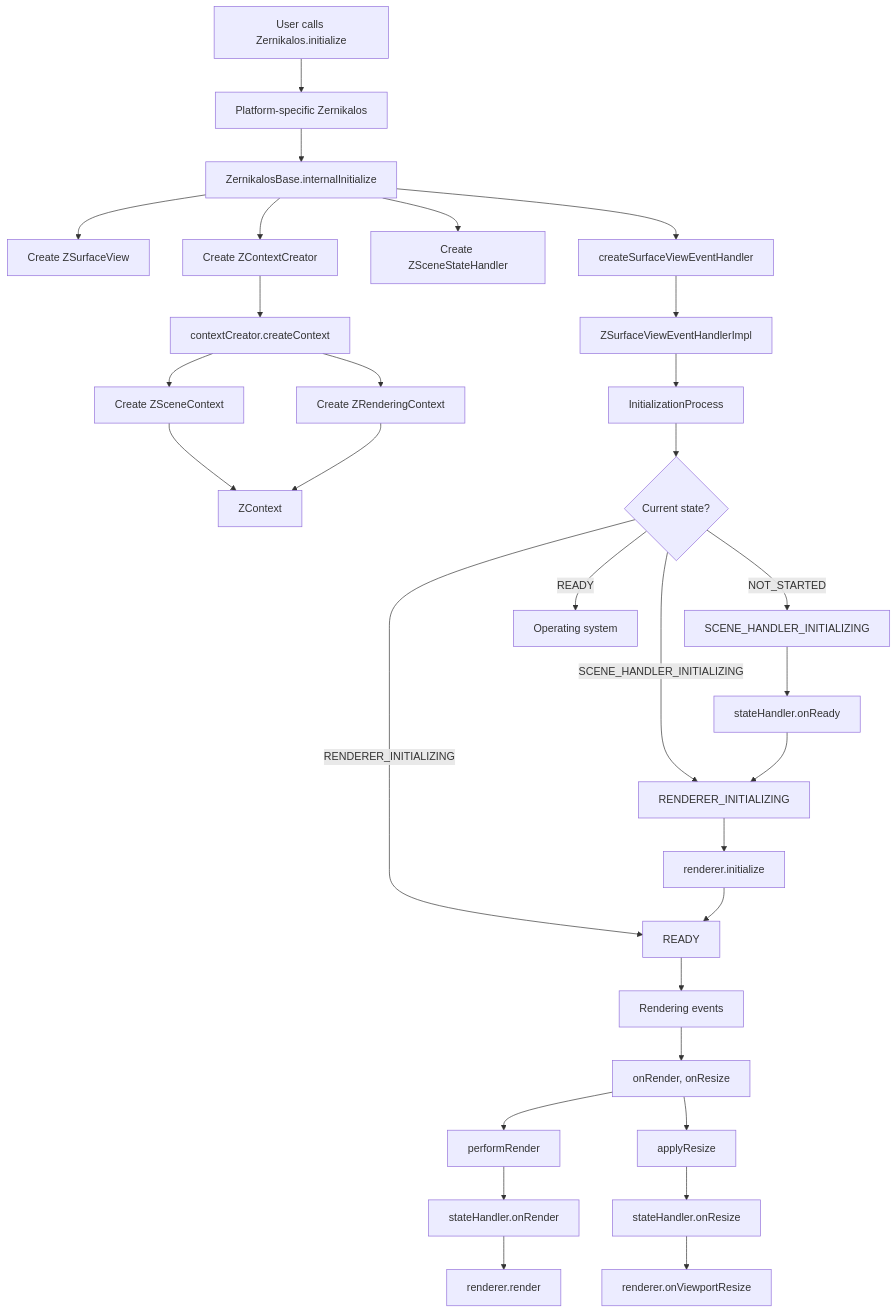
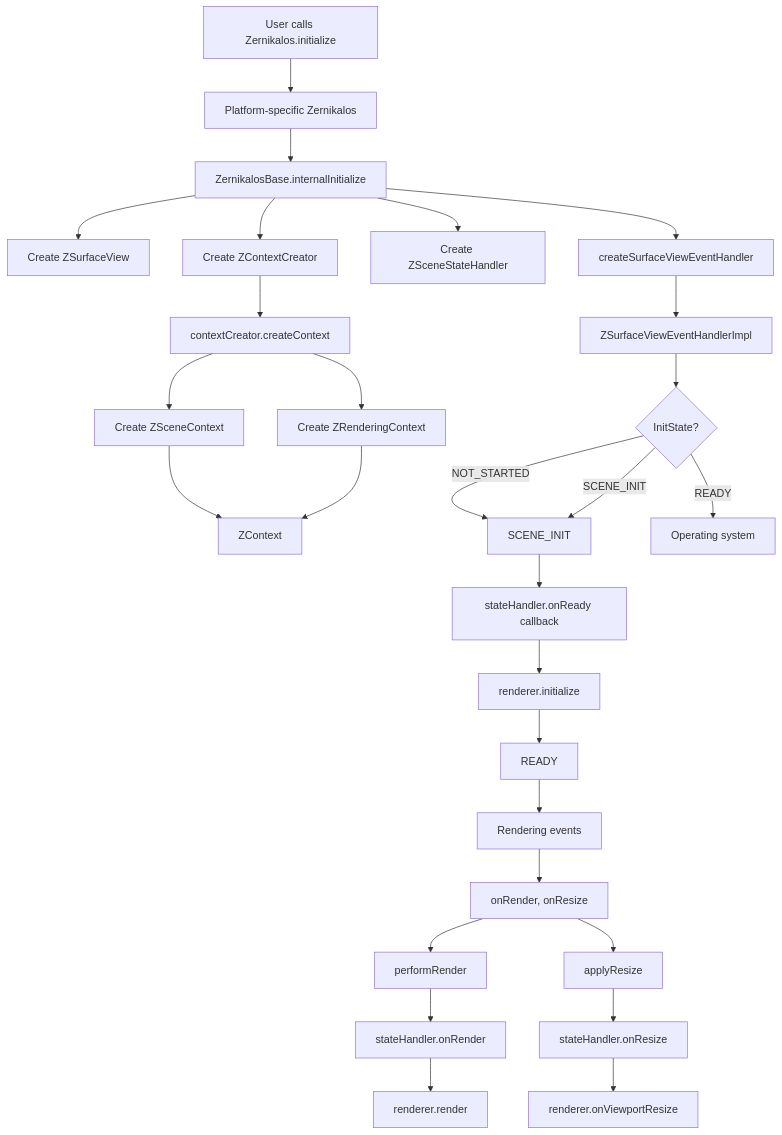
Before and after one commit to Zernikalos/Zernikalos: the first of 5 diagrams in wiki/architecture/initialization-flow-diagram.md, drawn with Mermaid. The commit also changed other lines of this file and 2 other files, not shown here.

Commit message:
refactor: 💡 Small improvements on the ZSurfaceViewEventHandlerImpl and state

````diff
--- a/wiki/architecture/initialization-flow-diagram.md
+++ b/wiki/architecture/initialization-flow-diagram.md
@@ -5,44 +5,40 @@
 ```mermaid
 graph TD
     A[User calls Zernikalos.initialize] --> B[Platform-specific Zernikalos]
     B --> C[ZernikalosBase.internalInitialize]
-    
+
     C --> D[Create ZSurfaceView]
     C --> E[Create ZContextCreator]
     C --> F[Create ZSceneStateHandler]
-    
+
     E --> G[contextCreator.createContext]
     G --> H[Create ZSceneContext]
     G --> I[Create ZRenderingContext]
-    
+
     H --> J[ZContext]
     I --> J
-    
+
     C --> K[createSurfaceViewEventHandler]
     K --> L[ZSurfaceViewEventHandlerImpl]
-    L --> M[InitializationProcess]
-    
-    M --> N{Current state?}
-    N -->|NOT_STARTED| O[SCENE_HANDLER_INITIALIZING]
-    N -->|SCENE_HANDLER_INITIALIZING| P[RENDERER_INITIALIZING]
-    N -->|RENDERER_INITIALIZING| Q[READY]
+
+    L --> N{InitState?}
+    N -->|NOT_STARTED| O[SCENE_INIT]
+    N -->|SCENE_INIT| O
     N -->|READY| R[Operating system]
-    
-    O --> S[stateHandler.onReady]
-    S --> P
-    
-    P --> T[renderer.initialize]
-    T --> Q
-    
+
+    O --> S[stateHandler.onReady callback]
+    S --> T[renderer.initialize]
+    T --> Q[READY]
+
     Q --> U[Rendering events]
     U --> V[onRender, onResize]
-    
+
     V --> W[performRender]
     V --> X[applyResize]
-    
+
     W --> Y[stateHandler.onRender]
     Y --> Z[renderer.render]
-    
+
     X --> AA[stateHandler.onResize]
     AA --> BB[renderer.onViewportResize]
 ```
````
